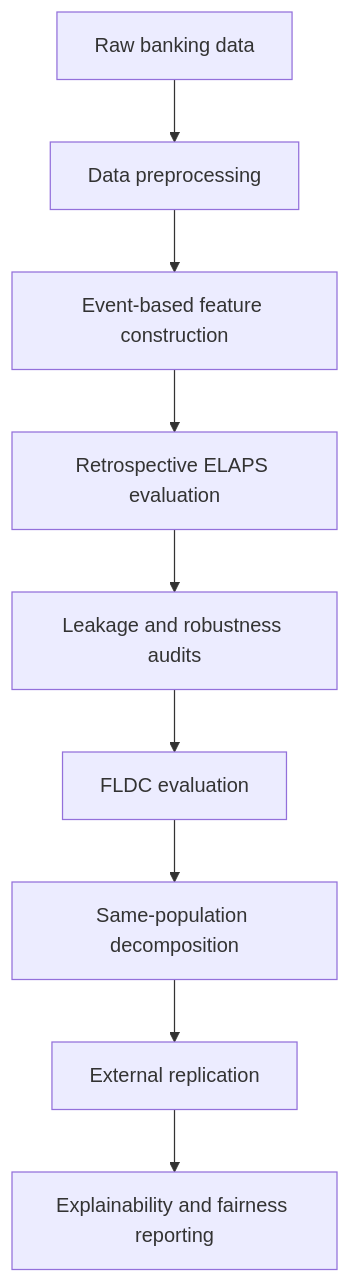
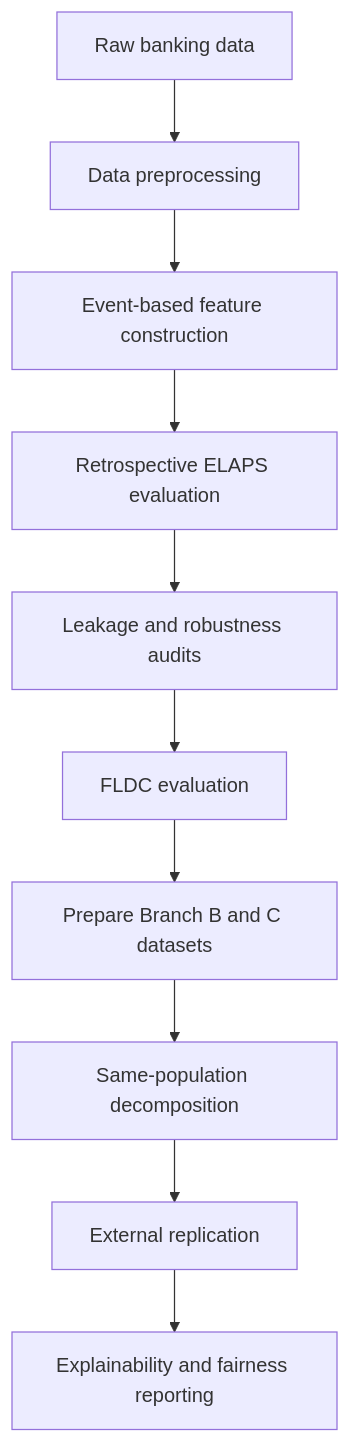
Before and after one commit to trang1981/ELAPS: the diagram in README.md, drawn with Mermaid. The commit also changed other lines of this file, not shown here.

````diff
--- a/README.md
+++ b/README.md
@@ -37,11 +38,12 @@
 ```mermaid
 flowchart TD
     A[Raw banking data] --> B[Data preprocessing]
     B --> C[Event-based feature construction]
     C --> D[Retrospective ELAPS evaluation]
     D --> E[Leakage and robustness audits]
     E --> F[FLDC evaluation]
-    F --> G[Same-population decomposition]
+    F --> J[Prepare Branch B and C datasets]
+    J --> G[Same-population decomposition]
     G --> H[External replication]
     H --> I[Explainability and fairness reporting]
 ```
````
